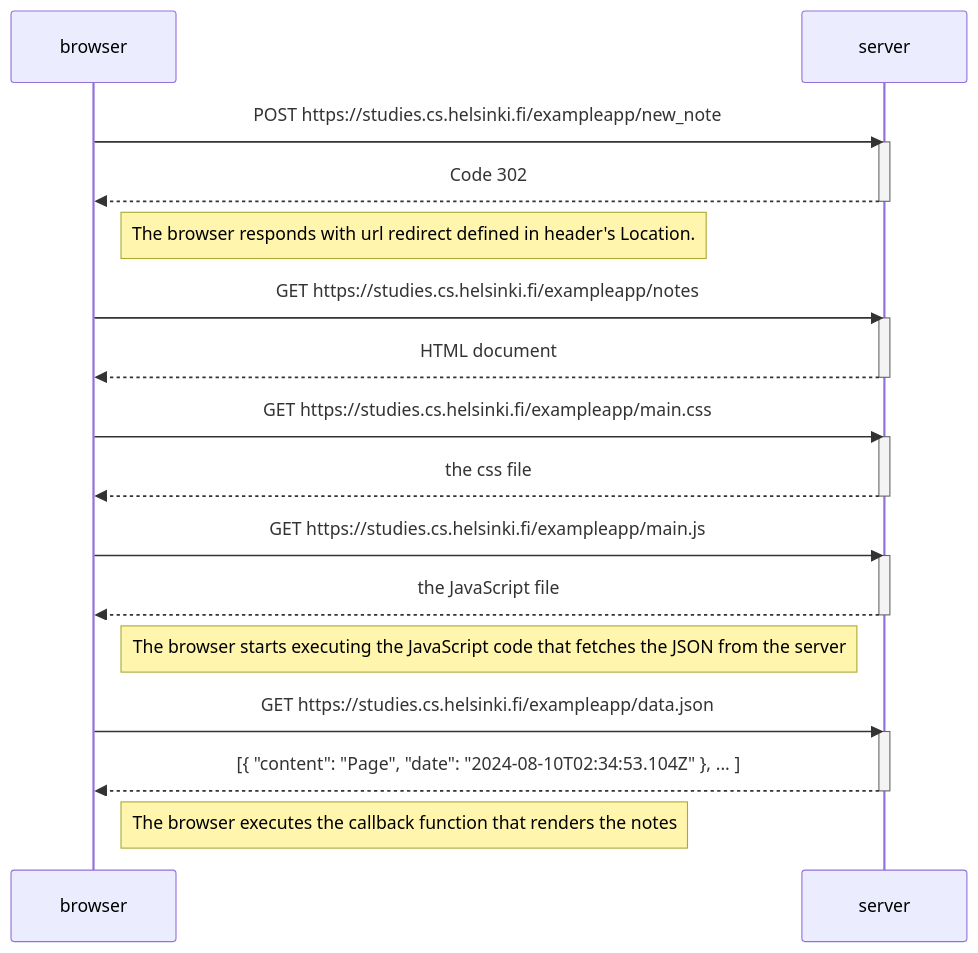
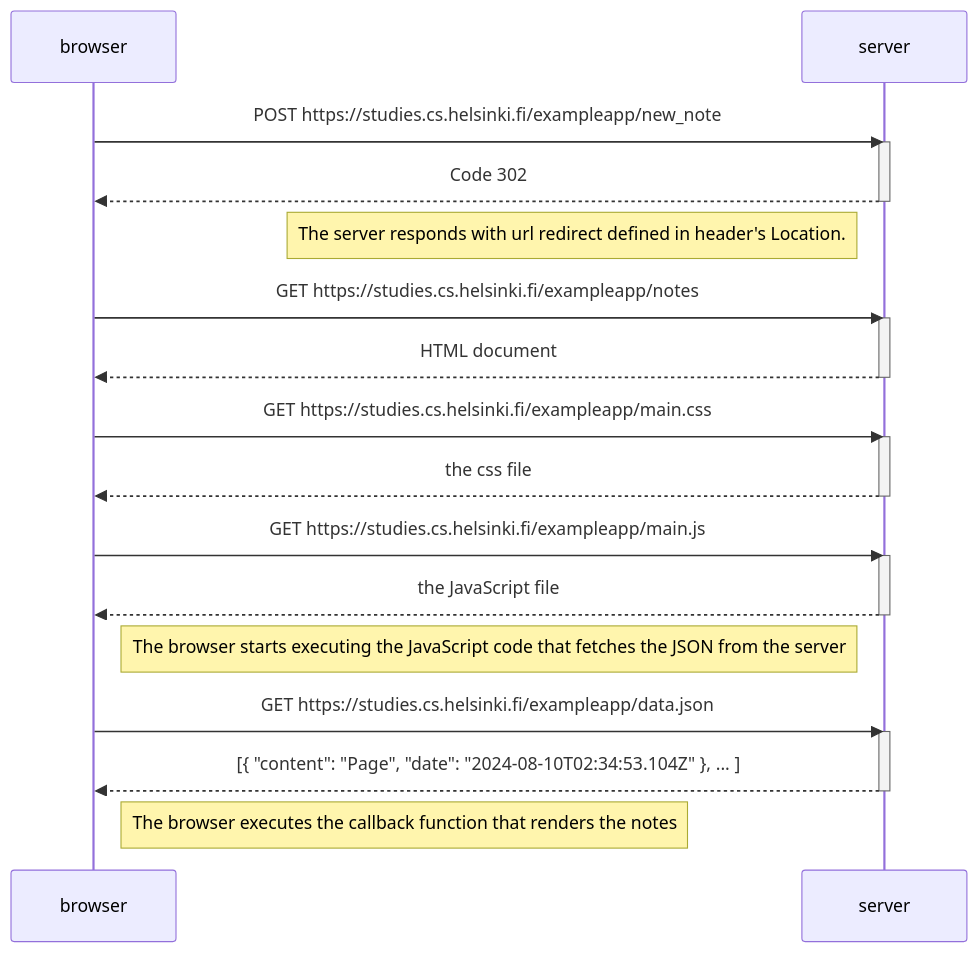
The diagram in part0/part0.4.md (WilczynskiMikolaj/fullstackopen), drawn with Mermaid before and after one commit.

Commit message:
Part 0.4

````diff
--- a/part0/part0.4.md
+++ b/part0/part0.4.md
@@ -1,36 +1,36 @@
 ```mermaid
 sequenceDiagram
     participant browser
     participant server
 
     browser->>server: POST https://studies.cs.helsinki.fi/exampleapp/new_note
     activate server
     server-->>browser: Code 302
     deactivate server
 
-    Note right of browser: The browser responds with url redirect defined in header's Location.
+    Note left of server: The server responds with url redirect defined in header's Location.
 
     browser->>server: GET https://studies.cs.helsinki.fi/exampleapp/notes
     activate server
     server-->>browser: HTML document
     deactivate server
 
     browser->>server: GET https://studies.cs.helsinki.fi/exampleapp/main.css
     activate server
     server-->>browser: the css file
     deactivate server
 
     browser->>server: GET https://studies.cs.helsinki.fi/exampleapp/main.js
     activate server
     server-->>browser: the JavaScript file
     deactivate server
 
     Note right of browser: The browser starts executing the JavaScript code that fetches the JSON from the server
 
     browser->>server: GET https://studies.cs.helsinki.fi/exampleapp/data.json
     activate server
     server-->>browser: [{ "content": "Page", "date": "2024-08-10T02:34:53.104Z" }, ... ]
     deactivate server
 
     Note right of browser: The browser executes the callback function that renders the notes
 ```
````
